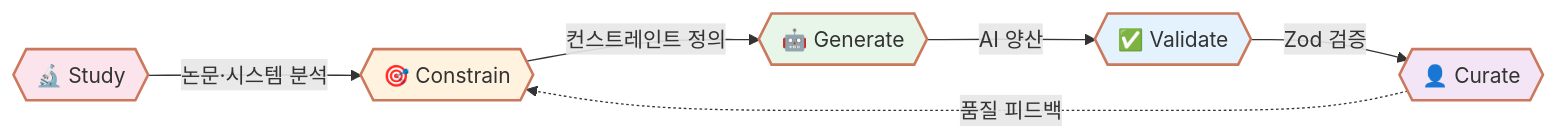
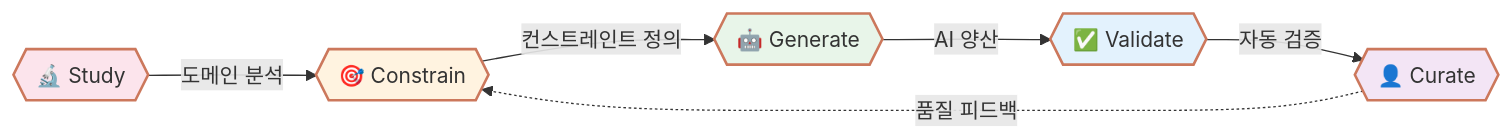
The second of 2 diagrams in profile/README.md (iq-agent-lab/.github), drawn with Mermaid before and after one commit. The commit also changed other lines of this file, not shown here.

````diff
--- a/profile/README.md
+++ b/profile/README.md
@@ -140,14 +255,14 @@
 ```mermaid
 graph LR
-    A{{🔬 Study}} -->|논문·시스템 분석| B{{🎯 Constrain}}
+    A{{🔬 Study}} -->|도메인 분석| B{{🎯 Constrain}}
     B -->|컨스트레인트 정의| C{{🤖 Generate}}
     C -->|AI 양산| D{{✅ Validate}}
-    D -->|Zod 검증| E{{👤 Curate}}
+    D -->|자동 검증| E{{👤 Curate}}
     E -.->|품질 피드백| B
 
     style A fill:#fce4ec,stroke:#cc785c,stroke-width:2px
     style B fill:#fff3e0,stroke:#cc785c,stroke-width:2px
     style C fill:#e8f5e9,stroke:#cc785c,stroke-width:2px
     style D fill:#e3f2fd,stroke:#cc785c,stroke-width:2px
     style E fill:#f3e5f5,stroke:#cc785c,stroke-width:2px
 ```
````
